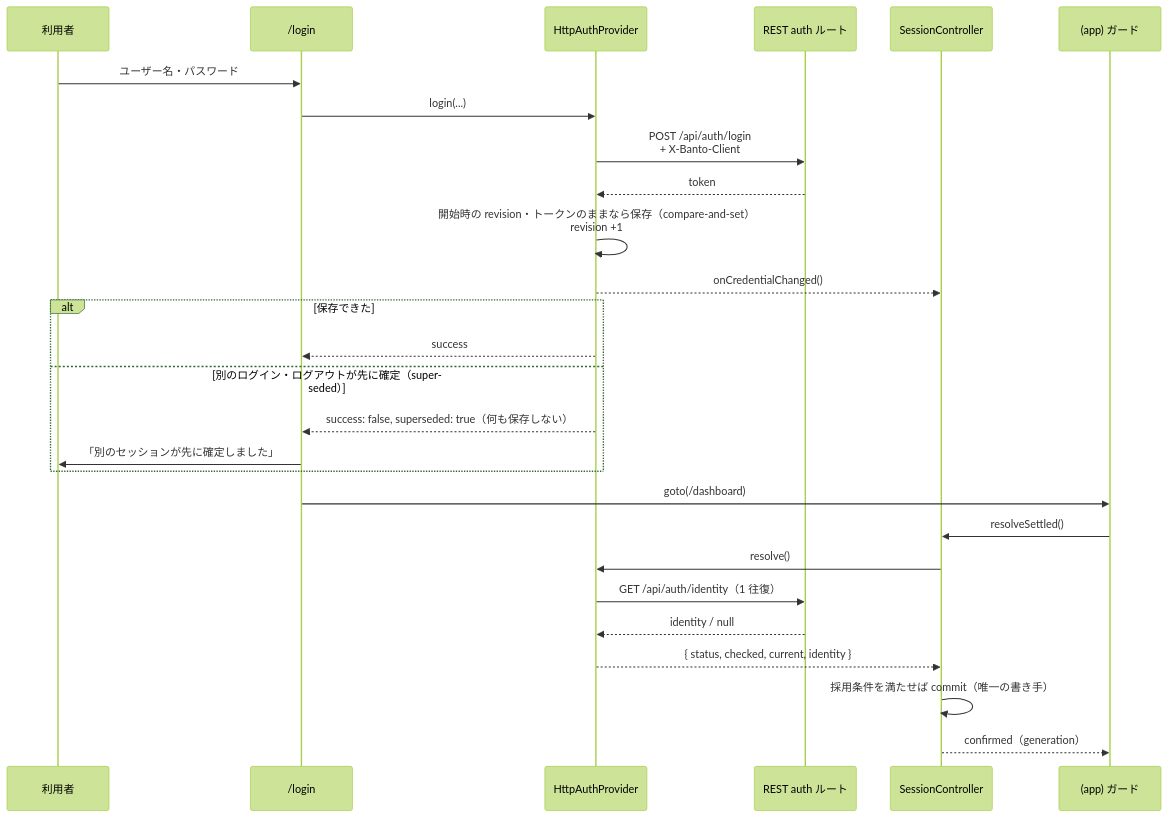
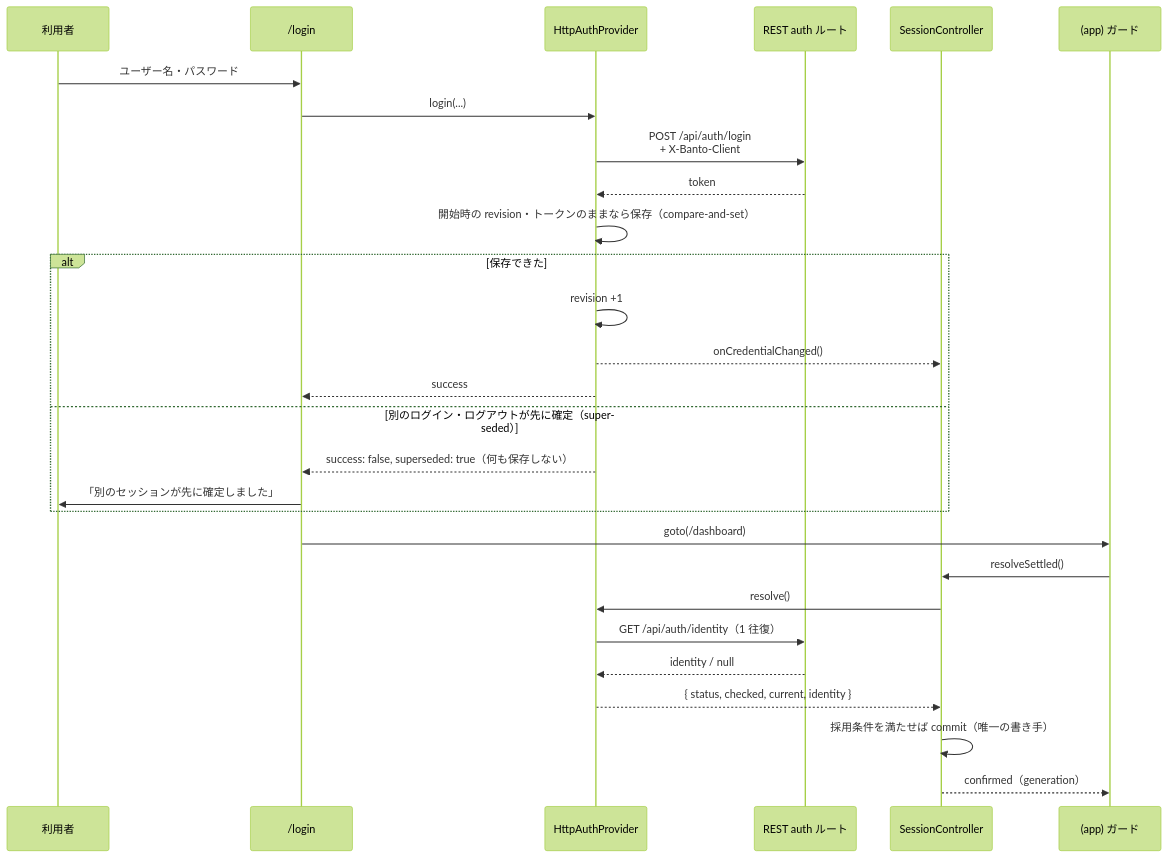
Before and after one commit to tyaro/banto: the fourth of 11 diagrams in docs/architecture-flows.md, drawn with Mermaid (forest theme). The commit also changed other lines of this file and 3 other files, not shown here.

````diff
--- a/docs/architecture-flows.md
+++ b/docs/architecture-flows.md
@@ -114,30 +114,31 @@
 ```mermaid
 sequenceDiagram
   participant U as 利用者
   participant LP as /login
   participant AP as HttpAuthProvider
   participant REST as REST auth ルート
   participant SC as SessionController
   participant GU as (app) ガード
 
   U->>LP: ユーザー名・パスワード
   LP->>AP: login(...)
   AP->>REST: POST /api/auth/login<br/>+ X-Banto-Client
   REST-->>AP: token
-  AP->>AP: 開始時の revision・トークンのままなら保存（compare-and-set）<br/>revision +1
-  AP-->>SC: onCredentialChanged()
+  AP->>AP: 開始時の revision・トークンのままなら保存（compare-and-set）
   alt 保存できた
+    AP->>AP: revision +1
+    AP-->>SC: onCredentialChanged()
     AP-->>LP: success
   else 別のログイン・ログアウトが先に確定（superseded）
     AP-->>LP: success: false, superseded: true（何も保存しない）
     LP->>U: 「別のセッションが先に確定しました」
   end
   LP->>GU: goto(/dashboard)
   GU->>SC: resolveSettled()
   SC->>AP: resolve()
   AP->>REST: GET /api/auth/identity（1 往復）
   REST-->>AP: identity / null
   AP-->>SC: { status, checked, current, identity }
   SC->>SC: 採用条件を満たせば commit（唯一の書き手）
   SC-->>GU: confirmed（generation）
 ```
````
